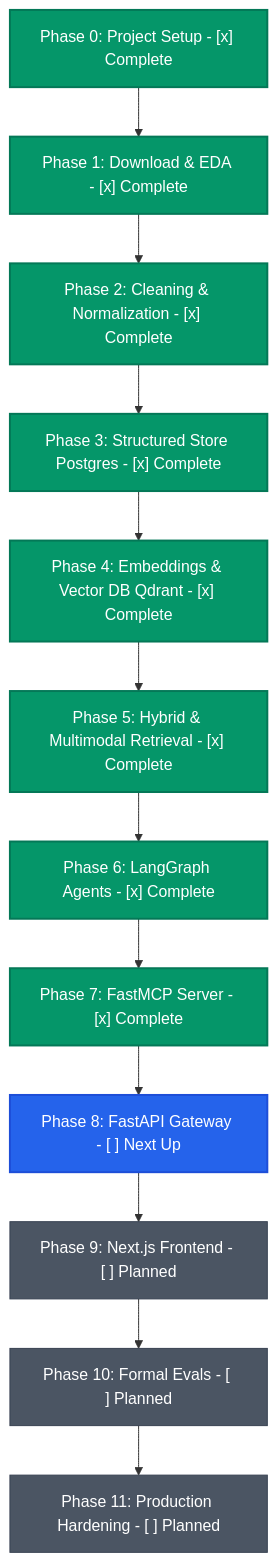
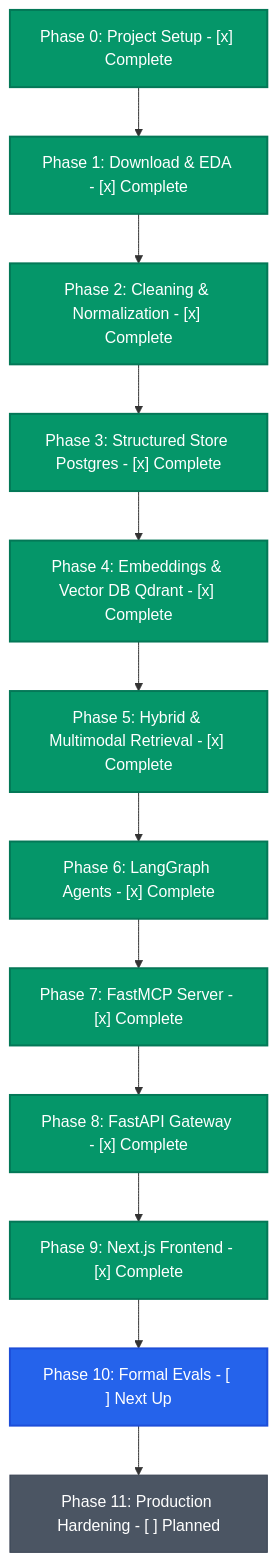
One commit to iar01/nutrition-and-food-label-analyzer changed the first of 3 diagrams in Roadmap.md. Above: the diagram before and after it, drawn with Mermaid. The commit also changed other lines of this file and 2 other files, not shown here.

Commit message:
docs: update README and Roadmap for Phase 8 and Phase 9 completion

````diff
--- a/Roadmap.md
+++ b/Roadmap.md
@@ -45,22 +45,22 @@
 ```mermaid
 flowchart TD
     P0["Phase 0: Project Setup - [x] Complete"] --> P1["Phase 1: Download & EDA - [x] Complete"]
     P1 --> P2["Phase 2: Cleaning & Normalization - [x] Complete"]
     P2 --> P3["Phase 3: Structured Store Postgres - [x] Complete"]
     P3 --> P4["Phase 4: Embeddings & Vector DB Qdrant - [x] Complete"]
     P4 --> P5["Phase 5: Hybrid & Multimodal Retrieval - [x] Complete"]
     P5 --> P6["Phase 6: LangGraph Agents - [x] Complete"]
     P6 --> P7["Phase 7: FastMCP Server - [x] Complete"]
-    P7 --> P8["Phase 8: FastAPI Gateway - [ ] Next Up"]
-    P8 --> P9["Phase 9: Next.js Frontend - [ ] Planned"]
-    P9 --> P10["Phase 10: Formal Evals - [ ] Planned"]
+    P7 --> P8["Phase 8: FastAPI Gateway - [x] Complete"]
+    P8 --> P9["Phase 9: Next.js Frontend - [x] Complete"]
+    P9 --> P10["Phase 10: Formal Evals - [ ] Next Up"]
     P10 --> P11["Phase 11: Production Hardening - [ ] Planned"]
 
     classDef done fill:#059669,stroke:#047857,stroke-width:2px,color:#fff;
     classDef next fill:#2563eb,stroke:#1d4ed8,stroke-width:2px,color:#fff;
     classDef planned fill:#4b5563,stroke:#374151,stroke-width:1px,color:#fff;
 
-    class P0,P1,P2,P3,P4,P5,P6,P7 done;
-    class P8 next;
-    class P9,P10,P11 planned;
+    class P0,P1,P2,P3,P4,P5,P6,P7,P8,P9 done;
+    class P10 next;
+    class P11 planned;
 ```
````
